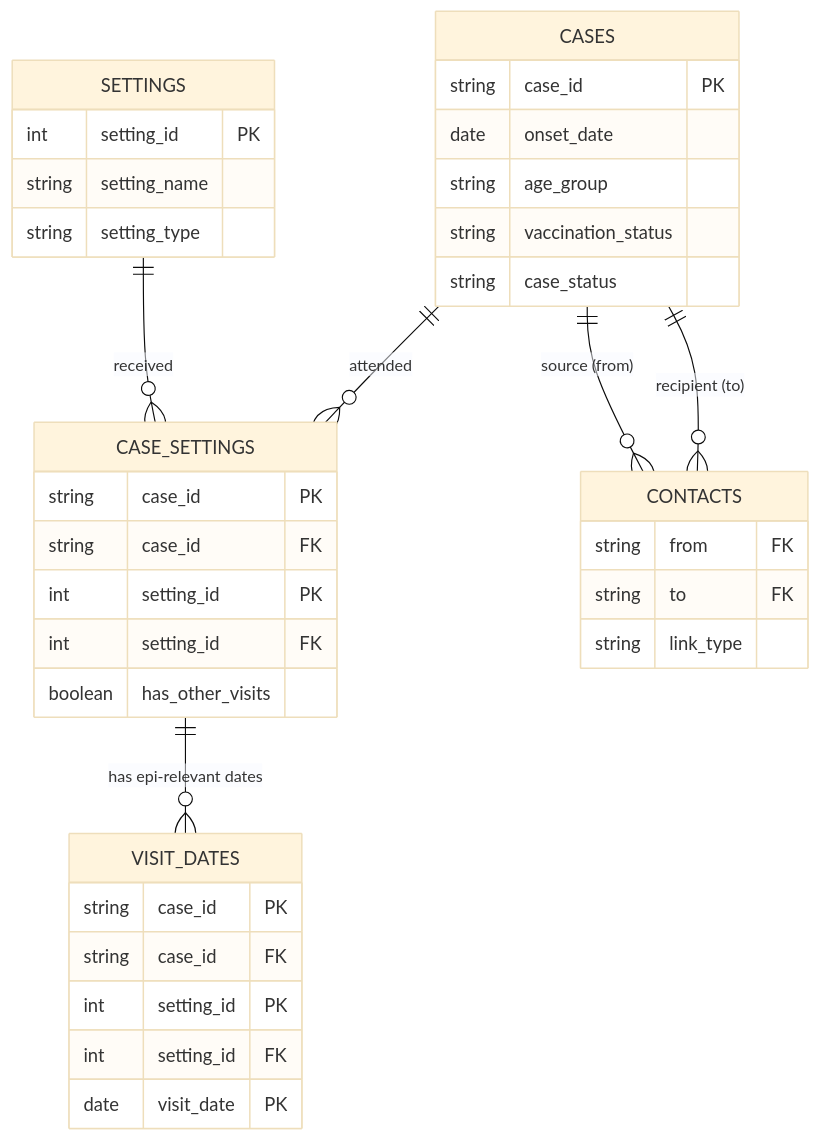
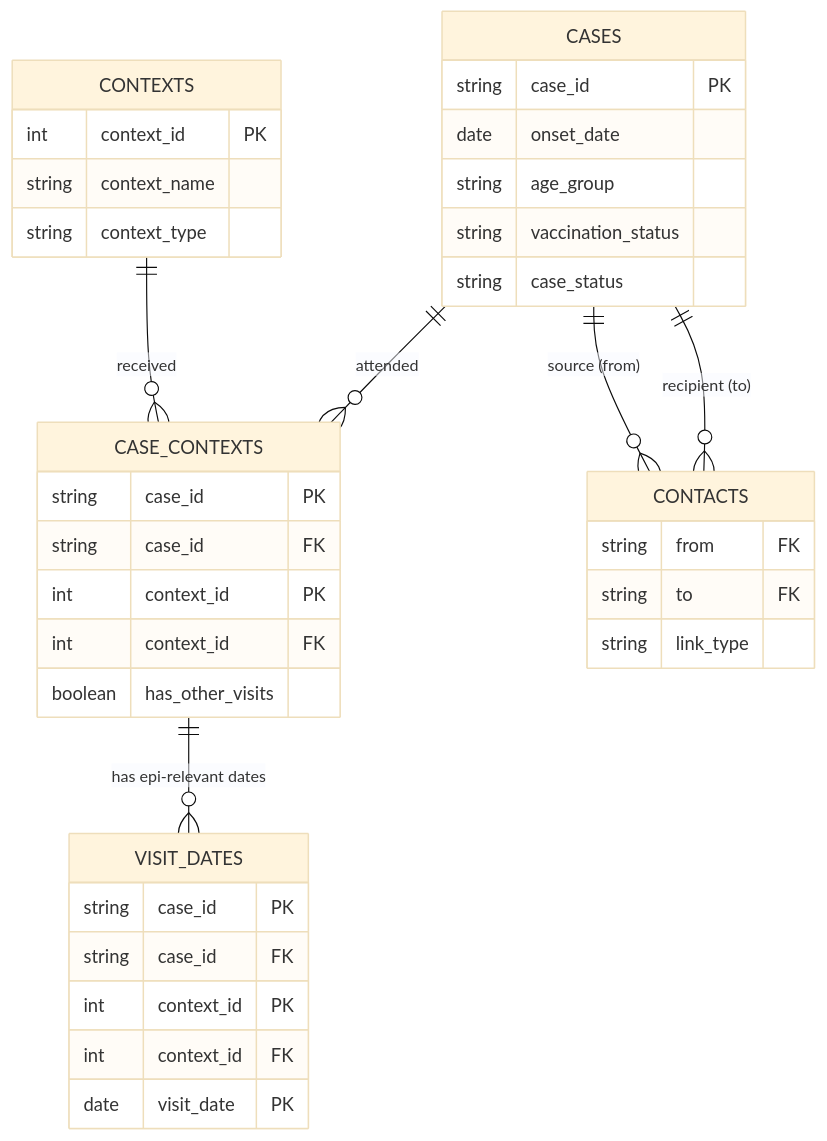
One commit to mgedmunds/network-diagram changed the diagram in docs/data-model.md. Above: the diagram before and after it, drawn with Mermaid (base theme). The commit also changed other lines of this file and 9 other files, not shown here.

First line of the commit message:
Rename Settings → Contexts throughout app, docs, and template

````diff
--- a/docs/data-model.md
+++ b/docs/data-model.md
@@ -81,45 +81,45 @@
 ```mermaid
 erDiagram
 
     CASES {
         string case_id PK
         date onset_date
         string age_group
         string vaccination_status
         string case_status
     }
 
-    SETTINGS {
-        int setting_id PK
-        string setting_name
-        string setting_type
+    CONTEXTS {
+        int context_id PK
+        string context_name
+        string context_type
     }
 
-    CASE_SETTINGS {
+    CASE_CONTEXTS {
         string case_id PK
         string case_id FK
-        int setting_id PK
-        int setting_id FK
+        int context_id PK
+        int context_id FK
         boolean has_other_visits
     }
 
     VISIT_DATES {
         string case_id PK
         string case_id FK
-        int setting_id PK
-        int setting_id FK
+        int context_id PK
+        int context_id FK
         date visit_date PK
     }
 
     CONTACTS {
         string from FK
         string to FK
         string link_type
     }
 
-    CASES ||--o{ CASE_SETTINGS : "attended"
-    SETTINGS ||--o{ CASE_SETTINGS : "received"
-    CASE_SETTINGS ||--o{ VISIT_DATES : "has epi-relevant dates"
+    CASES ||--o{ CASE_CONTEXTS : "attended"
+    CONTEXTS ||--o{ CASE_CONTEXTS : "received"
+    CASE_CONTEXTS ||--o{ VISIT_DATES : "has epi-relevant dates"
     CASES ||--o{ CONTACTS : "source (from)"
     CASES ||--o{ CONTACTS : "recipient (to)"
 ```
````
